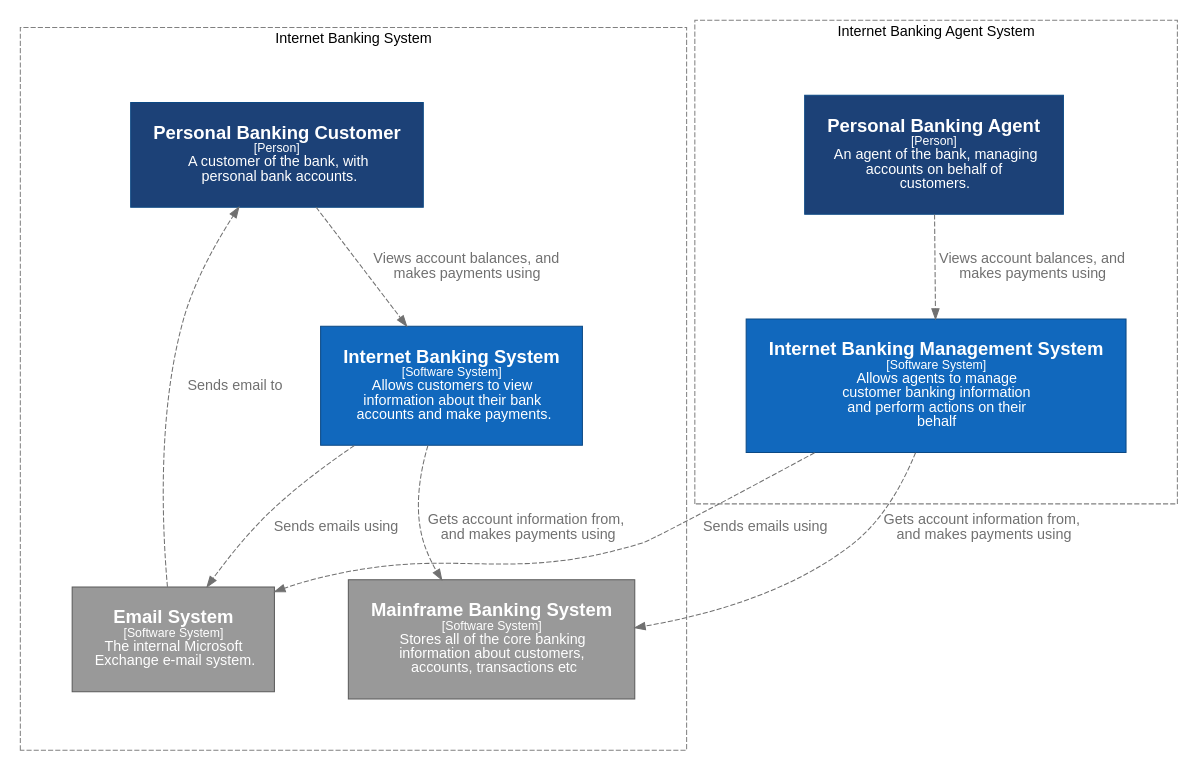
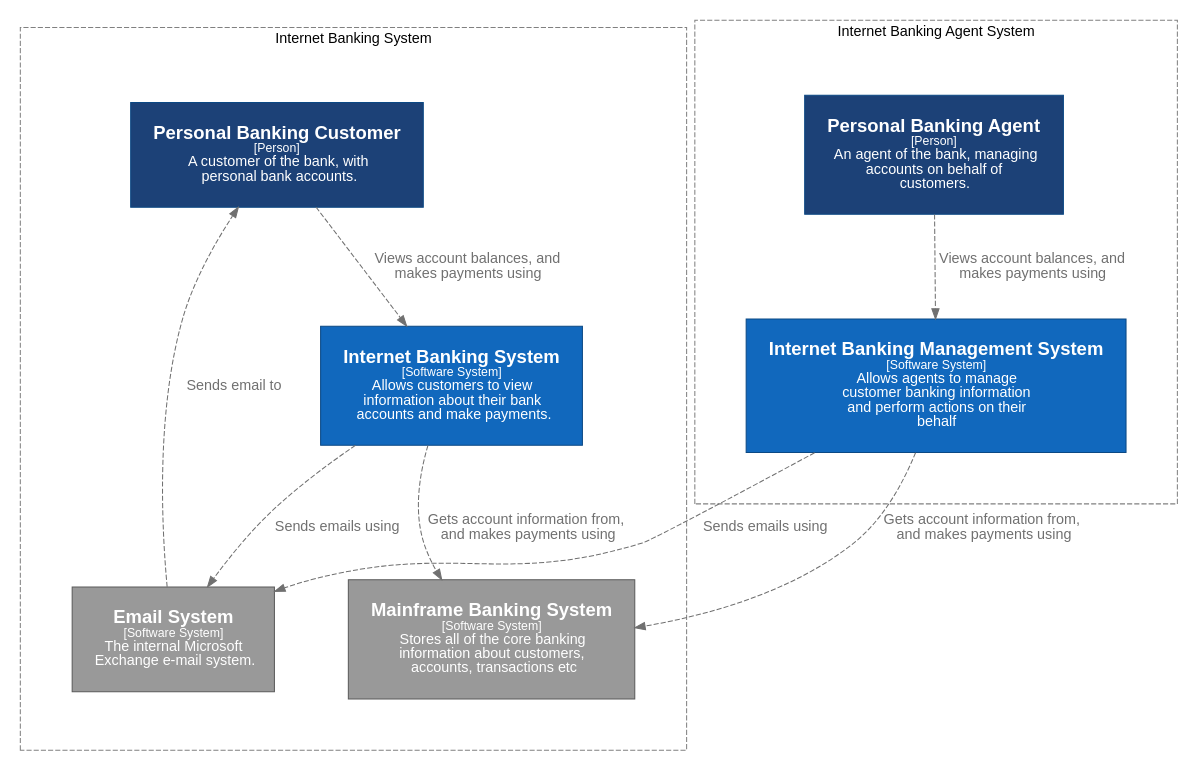
One commit to c4mjs/c4mjs changed the diagram in packages/graphviz/src/__stubs__/workspace.c1.dot. Above: the diagram before and after it, drawn with Graphviz. The commit also changed 45 other files, not shown here.

Commit message:
feat(graphviz): simplify workspace

```diff
--- a/packages/graphviz/src/__stubs__/workspace.c1.dot
+++ b/packages/graphviz/src/__stubs__/workspace.c1.dot
@@ -1,87 +1,87 @@
 digraph {
     compound=true
     graph [fontname="Arial", rankdir=TB, ranksep=1.0, nodesep=1.0]
     node [fontname="Arial", shape=box, margin="0.3,0.3"]
     edge [fontname="Arial"]
 
     subgraph cluster_internetBanking {
         label = "Internet Banking System"
         style = "dashed"
         color = "grey"
         margin="50,50"
         
         customer [
         id="customer",
         shape="rect",
         label=<<font point-size="18"><b>Personal Banking Customer</b></font><br /><font point-size="12">[Person]</font><br /><font point-size="14">  A customer of the bank, with <br />personal bank accounts.</font>>,
         style="filled",
         color="#0b4884",
         fillcolor="#1C4177",
         fontcolor="#ffffff"
     ]
 internetBankingSystem [
         id="internetBankingSystem",
         shape="rect",
         label=<<font point-size="18"><b>Internet Banking System</b></font><br /><font point-size="12">[Software System]</font><br /><font point-size="14">  Allows customers to view <br />information about their bank <br />accounts and make payments.</font>>,
         style="filled",
         color="#0b4884",
         fillcolor="#1168bd",
         fontcolor="#ffffff"
     ]
-mainframeBankingSystem [
-        id="mainframeBankingSystem",
+emailSystem [
+        id="emailSystem",
         shape="rect",
-        label=<<font point-size="18"><b>Mainframe Banking System</b></font><br /><font point-size="12">[Software System]</font><br /><font point-size="14">  Stores all of the core banking <br />information about customers, <br />accounts, transactions etc</font>>,
+        label=<<font point-size="18"><b>Email System</b></font><br /><font point-size="12">[Software System]</font><br /><font point-size="14">  The internal Microsoft <br />Exchange e-mail system.</font>>,
         style="filled",
         color="#5a5a5a",
         fillcolor="#999999",
         fontcolor="#ffffff"
     ]
-emailSystem [
-        id="emailSystem",
+mainframeBankingSystem [
+        id="mainframeBankingSystem",
         shape="rect",
-        label=<<font point-size="18"><b>Email System</b></font><br /><font point-size="12">[Software System]</font><br /><font point-size="14">  The internal Microsoft <br />Exchange e-mail system.</font>>,
+        label=<<font point-size="18"><b>Mainframe Banking System</b></font><br /><font point-size="12">[Software System]</font><br /><font point-size="14">  Stores all of the core banking <br />information about customers, <br />accounts, transactions etc</font>>,
         style="filled",
         color="#5a5a5a",
         fillcolor="#999999",
         fontcolor="#ffffff"
     ]
         
     }
 
 subgraph cluster_internetBankingAgent {
         label = "Internet Banking Agent System"
         style = "dashed"
         color = "grey"
         margin="50,50"
         
         agent [
         id="agent",
         shape="rect",
         label=<<font point-size="18"><b>Personal Banking Agent</b></font><br /><font point-size="12">[Person]</font><br /><font point-size="14">  An agent of the bank, managing <br />accounts on behalf of <br />customers.</font>>,
         style="filled",
         color="#0b4884",
         fillcolor="#1C4177",
         fontcolor="#ffffff"
     ]
 internetBankingManagementSystem [
         id="internetBankingManagementSystem",
         shape="rect",
         label=<<font point-size="18"><b>Internet Banking Management System</b></font><br /><font point-size="12">[Software System]</font><br /><font point-size="14">  Allows agents to manage <br />customer banking information <br />and perform actions on their <br />behalf</font>>,
         style="filled",
         color="#0b4884",
         fillcolor="#1168bd",
         fontcolor="#ffffff"
     ]
         
     }
 
-customer -> internetBankingSystem [ id="100000", label=<<font point-size="14">  Views account balances, and <br />makes payments using</font>>, style="dashed", color="#707070", fontcolor="#707070" ]
-internetBankingSystem -> emailSystem [ id="100001", label=<<font point-size="14">  Sends emails using</font>>, style="dashed", color="#707070", fontcolor="#707070" ]
-internetBankingSystem -> mainframeBankingSystem [ id="100002", label=<<font point-size="14">  Gets account information from, <br />and makes payments using</font>>, style="dashed", color="#707070", fontcolor="#707070" ]
-emailSystem -> customer [ id="100012", label=<<font point-size="14">  Sends email to</font>>, style="dashed", color="#707070", fontcolor="#707070" ]
-agent -> internetBankingManagementSystem [ id="100013", label=<<font point-size="14">  Views account balances, and <br />makes payments using</font>>, style="dashed", color="#707070", fontcolor="#707070" ]
-internetBankingManagementSystem -> emailSystem [ id="100014", label=<<font point-size="14">  Sends emails using</font>>, style="dashed", color="#707070", fontcolor="#707070" ]
-internetBankingManagementSystem -> mainframeBankingSystem [ id="100015", label=<<font point-size="14">  Gets account information from, <br />and makes payments using</font>>, style="dashed", color="#707070", fontcolor="#707070" ]
+internetBankingManagementSystem -> mainframeBankingSystem [ id="100002", label=<<font point-size="14">  Gets account information from, <br />and makes payments using</font>>, style="dashed", color="#707070", fontcolor="#707070" ]
+internetBankingManagementSystem -> emailSystem [ id="100003", label=<<font point-size="14">  Sends emails using</font>>, style="dashed", color="#707070", fontcolor="#707070" ]
+customer -> internetBankingSystem [ id="100004", label=<<font point-size="14">  Views account balances, and <br />makes payments using</font>>, style="dashed", color="#707070", fontcolor="#707070" ]
+emailSystem -> customer [ id="100006", label=<<font point-size="14">  Sends email to</font>>, style="dashed", color="#707070", fontcolor="#707070" ]
+internetBankingSystem -> emailSystem [ id="100008", label=<<font point-size="14">  Sends emails using</font>>, style="dashed", color="#707070", fontcolor="#707070" ]
+internetBankingSystem -> mainframeBankingSystem [ id="100009", label=<<font point-size="14">  Gets account information from, <br />and makes payments using</font>>, style="dashed", color="#707070", fontcolor="#707070" ]
+agent -> internetBankingManagementSystem [ id="100011", label=<<font point-size="14">  Views account balances, and <br />makes payments using</font>>, style="dashed", color="#707070", fontcolor="#707070" ]
      
 }
```
